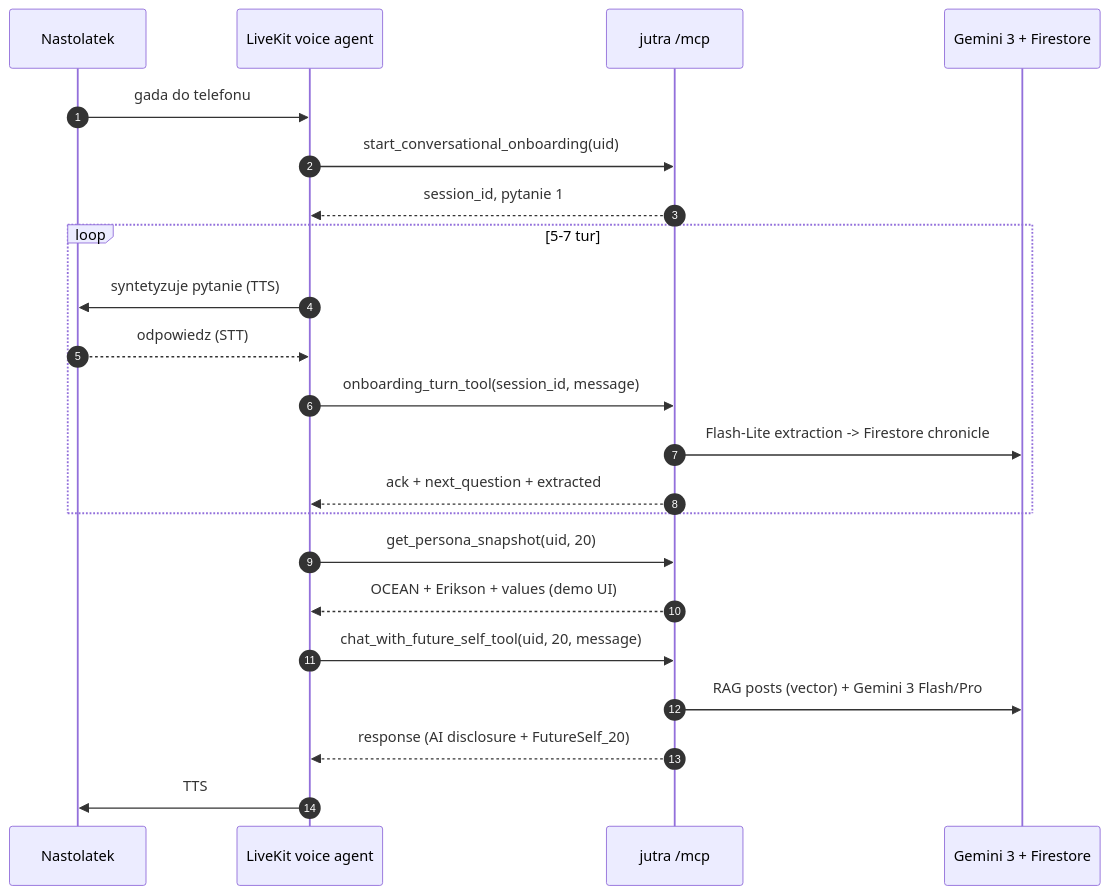
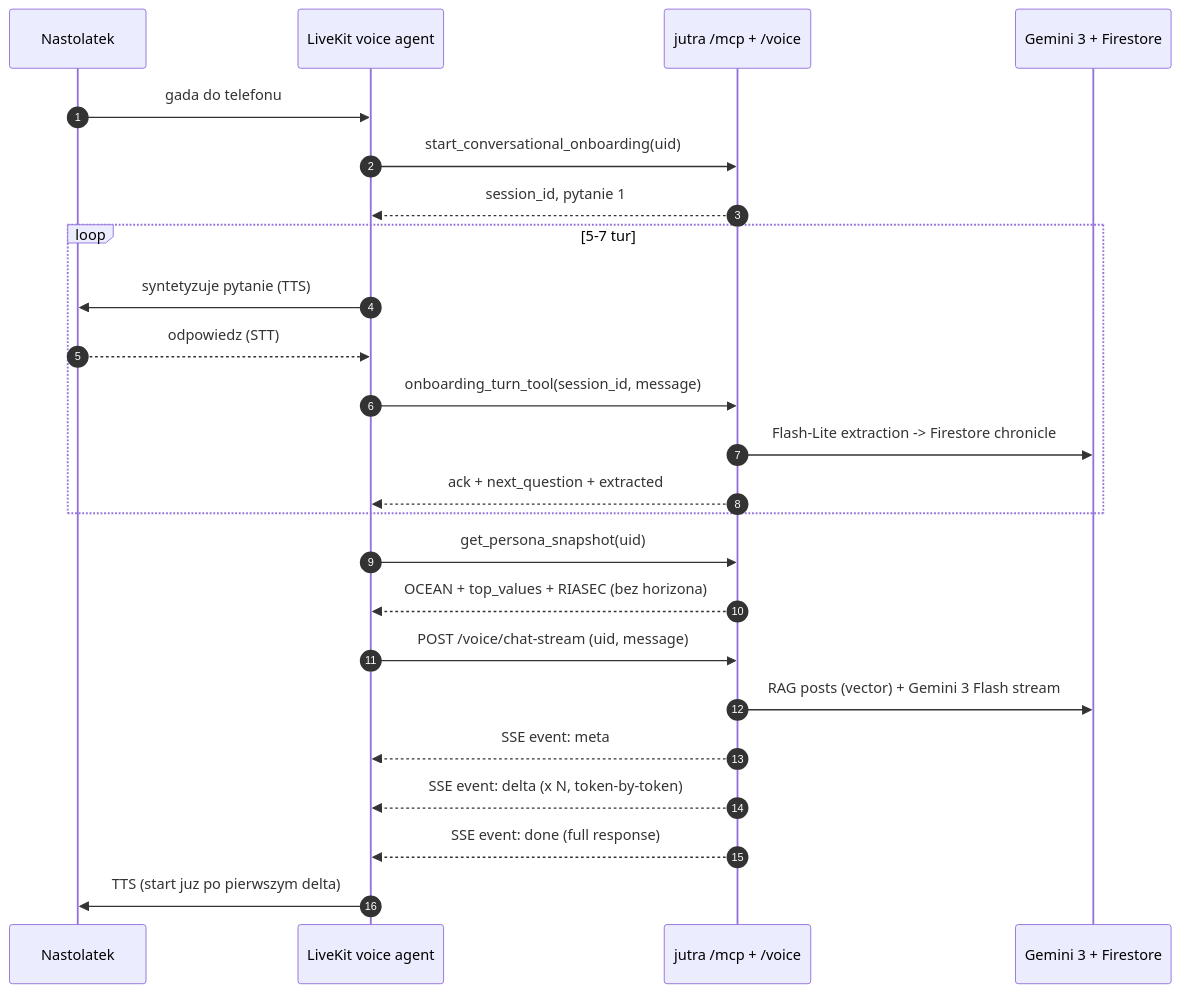
The diagram in integrations/livekit-integration.md (fatygant/hc-adk), drawn with Mermaid before and after one commit. The commit also changed other lines of this file and 60 other files, not shown here.

````diff
--- a/integrations/livekit-integration.md
+++ b/integrations/livekit-integration.md
@@ -23,25 +24,27 @@
 ```mermaid
 sequenceDiagram
     autonumber
     participant U as Nastolatek
     participant LK as LiveKit voice agent
-    participant JM as jutra /mcp
+    participant JM as jutra /mcp + /voice
     participant G as Gemini 3 + Firestore
 
     U->>LK: gada do telefonu
     LK->>JM: start_conversational_onboarding(uid)
     JM-->>LK: session_id, pytanie 1
     loop 5-7 tur
         LK->>U: syntetyzuje pytanie (TTS)
         U-->>LK: odpowiedz (STT)
         LK->>JM: onboarding_turn_tool(session_id, message)
         JM->>G: Flash-Lite extraction -> Firestore chronicle
         JM-->>LK: ack + next_question + extracted
     end
-    LK->>JM: get_persona_snapshot(uid, 20)
-    JM-->>LK: OCEAN + Erikson + values (demo UI)
-    LK->>JM: chat_with_future_self_tool(uid, 20, message)
-    JM->>G: RAG posts (vector) + Gemini 3 Flash/Pro
-    JM-->>LK: response (AI disclosure + FutureSelf_20)
-    LK->>U: TTS
+    LK->>JM: get_persona_snapshot(uid)
+    JM-->>LK: OCEAN + top_values + RIASEC (bez horizona)
+    LK->>JM: POST /voice/chat-stream (uid, message)
+    JM->>G: RAG posts (vector) + Gemini 3 Flash stream
+    JM-->>LK: SSE event: meta
+    JM-->>LK: SSE event: delta (x N, token-by-token)
+    JM-->>LK: SSE event: done (full response)
+    LK->>U: TTS (start juz po pierwszym delta)
 ```
````
